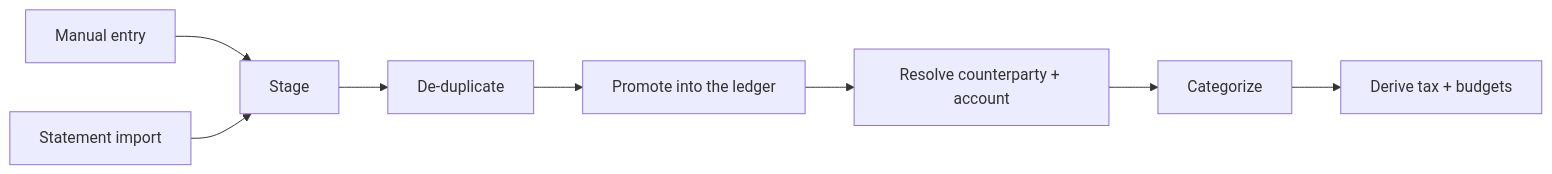
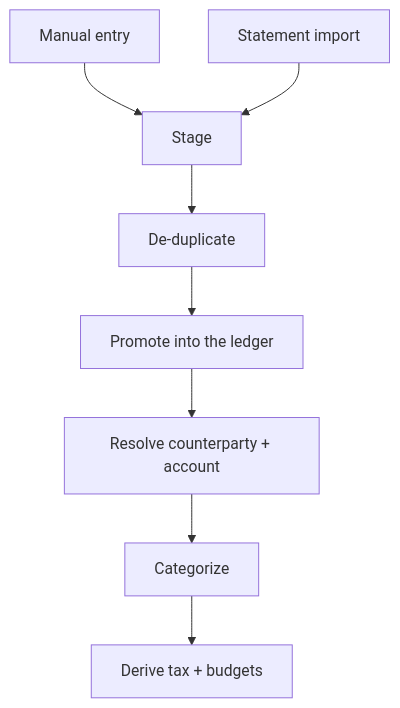
The diagram in docs/internal/engineering/backend/the-resolved-ledger.md (Aevum-Finance/aevum-finance), drawn with Mermaid before and after one commit. The commit also changed 41 other files, not shown here.

First line of the commit message:
fix(docs-site): theme-aware TD mermaid + TOC scroll-spy

````diff
--- a/docs/internal/engineering/backend/the-resolved-ledger.md
+++ b/docs/internal/engineering/backend/the-resolved-ledger.md
@@ -40,10 +40,10 @@
 ```mermaid
-flowchart LR
+flowchart TD
     M[Manual entry] --> ST[Stage]
     U[Statement import] --> ST
     ST --> D[De-duplicate]
     D --> P[Promote into the ledger]
     P --> R[Resolve counterparty + account]
     R --> C[Categorize]
     C --> TX[Derive tax + budgets]
 ```
````
